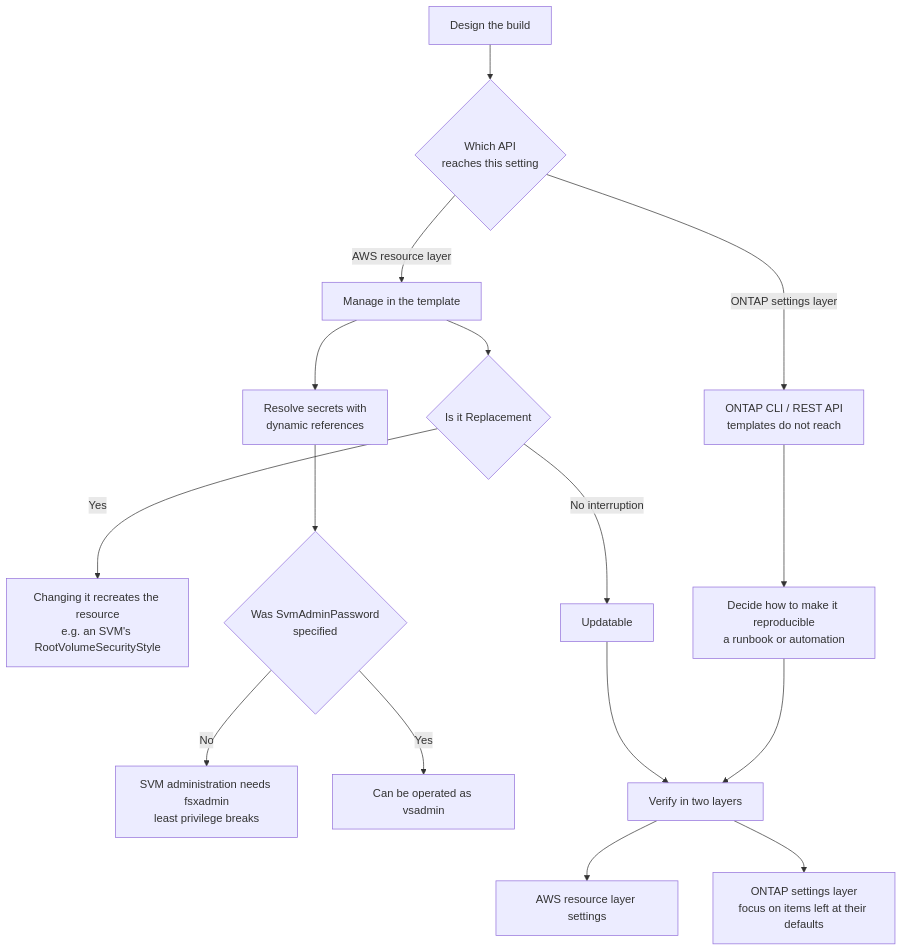
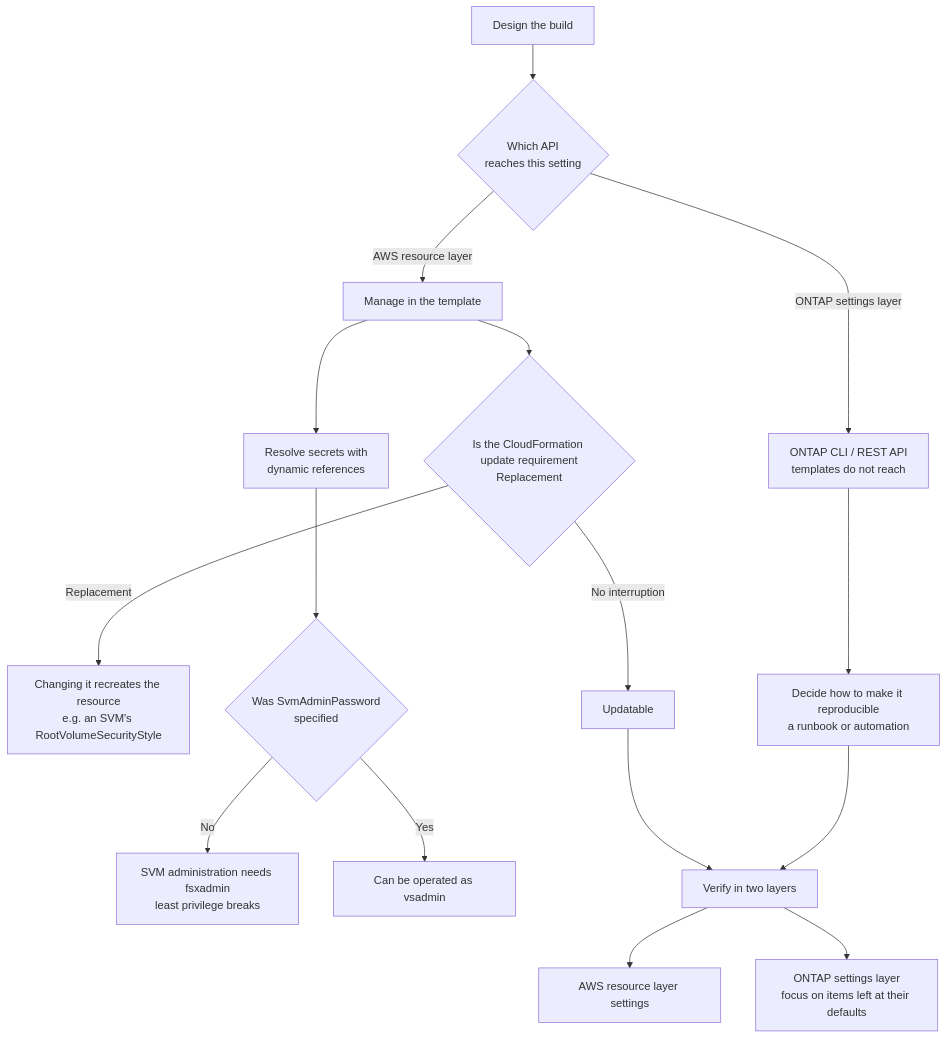
Before and after one commit to Yoshiki0705/FSx-for-ONTAP-Adoption-Playbook: the diagram in docs/en/playbooks/04-build/notes/what-iac-cannot-reach.md, drawn with Mermaid. The commit also changed other lines of this file and 257 other files, not shown here.

````diff
--- a/docs/en/playbooks/04-build/notes/what-iac-cannot-reach.md
+++ b/docs/en/playbooks/04-build/notes/what-iac-cannot-reach.md
@@ -176,22 +198,22 @@
 ```mermaid
 graph TD
     A[Design the build] --> B{Which API<br/>reaches this setting}
     B -->|AWS resource layer| T[Manage in the template]
     B -->|ONTAP settings layer| O["ONTAP CLI / REST API<br/>templates do not reach"]
 
-    T --> REPL{Is it Replacement}
-    REPL -->|Yes| CARE["Changing it recreates the resource<br/>e.g. an SVM's RootVolumeSecurityStyle"]
+    T --> REPL{Is the CloudFormation update requirement<br/>Replacement}
+    REPL -->|Replacement| CARE["Changing it recreates the resource<br/>e.g. an SVM's RootVolumeSecurityStyle"]
     REPL -->|No interruption| OK[Updatable]
 
     O --> REPRO[Decide how to make it reproducible<br/>a runbook or automation]
 
     T --> SEC[Resolve secrets with<br/>dynamic references]
     SEC --> VSADMIN{Was SvmAdminPassword<br/>specified}
     VSADMIN -->|No| ESCALATE["SVM administration needs fsxadmin<br/>least privilege breaks"]
     VSADMIN -->|Yes| LEAST[Can be operated as vsadmin]
 
     REPRO --> VERIFY[Verify in two layers]
     OK --> VERIFY
     VERIFY --> V1[AWS resource layer settings]
     VERIFY --> V2["ONTAP settings layer<br/>focus on items left at their defaults"]
 ```
````
